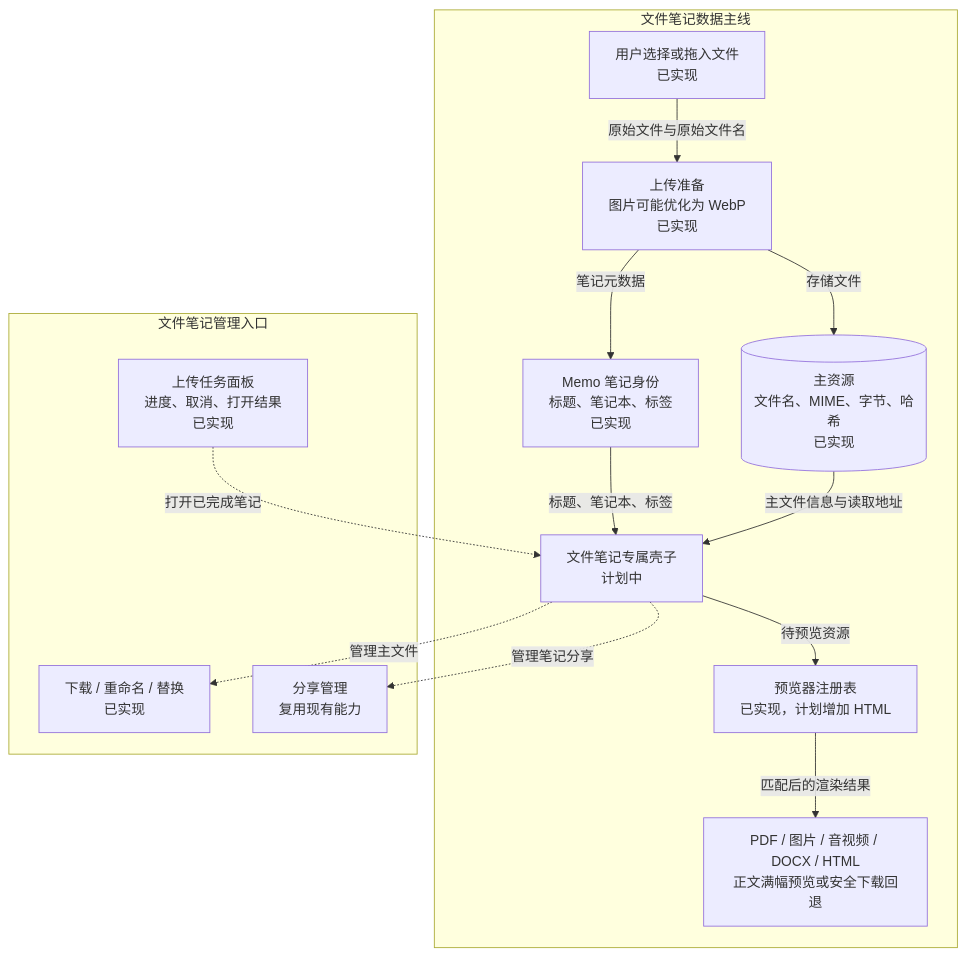
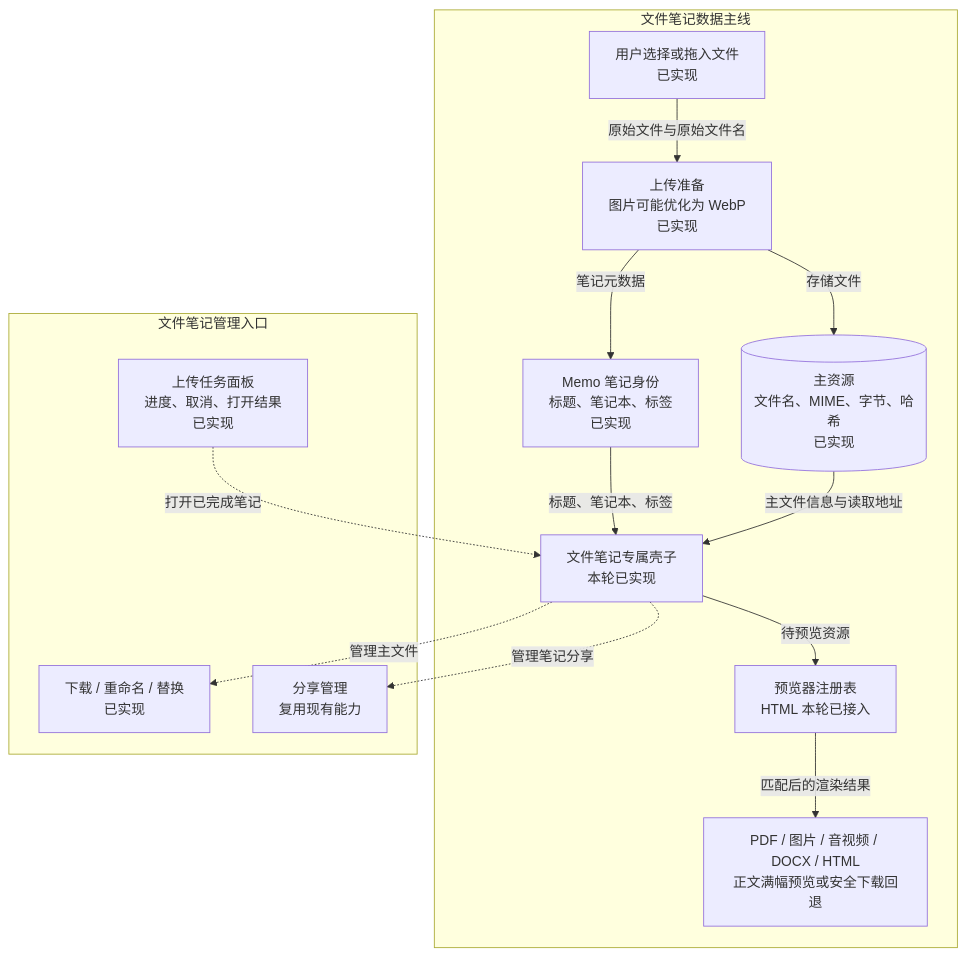
One commit to LarryGuan/edgeever changed the diagram in docs/file-note-shell-html-preview-iteration.zh-CN.md. Above: the diagram before and after it, drawn with Mermaid. The commit also changed other lines of this file and 1 other file, not shown here.

````diff
--- a/docs/file-note-shell-html-preview-iteration.zh-CN.md
+++ b/docs/file-note-shell-html-preview-iteration.zh-CN.md
@@ -41,30 +41,30 @@
 ```mermaid
 flowchart TB
     subgraph FLOW["文件笔记数据主线"]
         INPUT["用户选择或拖入文件<br/>已实现"]
         PREPARE["上传准备<br/>图片可能优化为 WebP<br/>已实现"]
         MEMO["Memo 笔记身份<br/>标题、笔记本、标签<br/>已实现"]
         RESOURCE[("主资源<br/>文件名、MIME、字节、哈希<br/>已实现")]
-        PANE["文件笔记专属壳子<br/>计划中"]
-        REGISTRY["预览器注册表<br/>已实现，计划增加 HTML"]
+        PANE["文件笔记专属壳子<br/>本轮已实现"]
+        REGISTRY["预览器注册表<br/>HTML 本轮已接入"]
         RESULT["PDF / 图片 / 音视频 / DOCX / HTML<br/>正文满幅预览或安全下载回退"]
 
         INPUT -->|"原始文件与原始文件名"| PREPARE
         PREPARE -->|"笔记元数据"| MEMO
         PREPARE -->|"存储文件"| RESOURCE
         MEMO -->|"标题、笔记本、标签"| PANE
         RESOURCE -->|"主文件信息与读取地址"| PANE
         PANE -->|"待预览资源"| REGISTRY
         REGISTRY -->|"匹配后的渲染结果"| RESULT
     end
 
     subgraph TOOLS["文件笔记管理入口"]
         ACTIONS["下载 / 重命名 / 替换<br/>已实现"]
         SHARE["分享管理<br/>复用现有能力"]
         UPLOADS["上传任务面板<br/>进度、取消、打开结果<br/>已实现"]
     end
 
     PANE -.->|"管理主文件"| ACTIONS
     PANE -.->|"管理笔记分享"| SHARE
     UPLOADS -.->|"打开已完成笔记"| PANE
 ```
````
